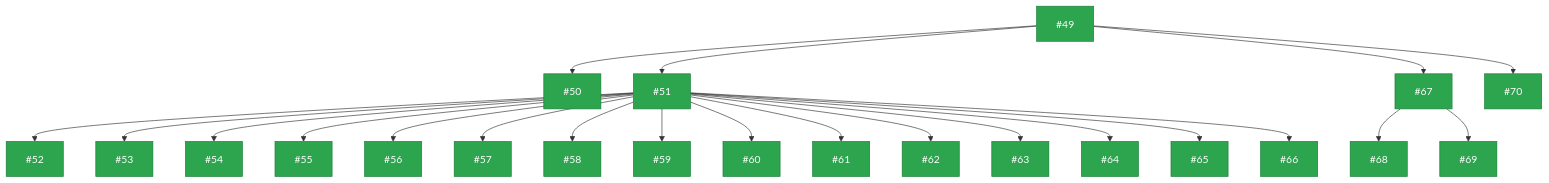
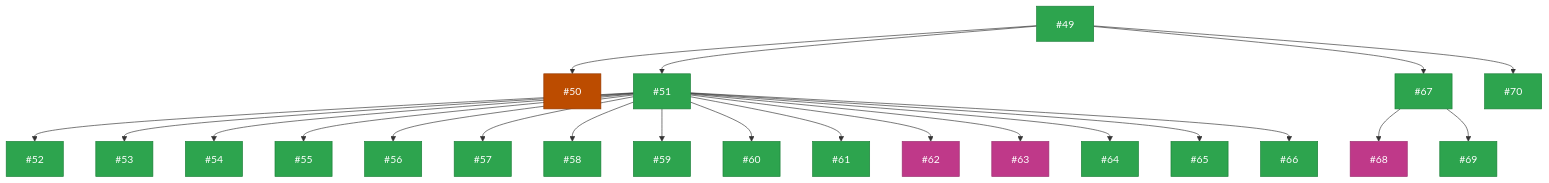
The seventh of 9 diagrams in README.md (zappfish/zapp-requirements-tracker), drawn with Mermaid before and after one commit. The commit also changed other lines of this file, not shown here.

Commit message:
Update WBS diagram colors to match project board statuses (#116)

````diff
--- a/README.md
+++ b/README.md
@@ -311,62 +311,62 @@
 ```mermaid
 graph TD
     R5["#49"]:::backlog
 
-    R5A["#50"]:::backlog
+    R5A["#50"]:::done
     R5B["#51"]:::backlog
     R5C["#67"]:::backlog
     R5D["#70"]:::backlog
     R5 --> R5A & R5B & R5C & R5D
 
     R5B1["#52"]:::backlog
     R5B2["#53"]:::backlog
     R5B3["#54"]:::backlog
     R5B4["#55"]:::backlog
     R5B5["#56"]:::backlog
     R5B6["#57"]:::backlog
     R5B7["#58"]:::backlog
     R5B8["#59"]:::backlog
     R5B9["#60"]:::backlog
     R5B10["#61"]:::backlog
-    R5B11["#62"]:::backlog
-    R5B12["#63"]:::backlog
+    R5B11["#62"]:::stable
+    R5B12["#63"]:::stable
     R5B13["#64"]:::backlog
     R5B14["#65"]:::backlog
     R5B15["#66"]:::backlog
     R5B --> R5B1 & R5B2 & R5B3 & R5B4 & R5B5 & R5B6 & R5B7 & R5B8
     R5B --> R5B9 & R5B10 & R5B11 & R5B12 & R5B13 & R5B14 & R5B15
 
-    R5C1["#68"]:::backlog
+    R5C1["#68"]:::stable
     R5C2["#69"]:::backlog
     R5C --> R5C1 & R5C2
 
     click R5 href "https://github.com/zappfish/zapp-requirements-tracker/issues/49" _blank
     click R5A href "https://github.com/zappfish/zapp-requirements-tracker/issues/50" _blank
     click R5B href "https://github.com/zappfish/zapp-requirements-tracker/issues/51" _blank
     click R5C href "https://github.com/zappfish/zapp-requirements-tracker/issues/67" _blank
     click R5D href "https://github.com/zappfish/zapp-requirements-tracker/issues/70" _blank
     click R5B1 href "https://github.com/zappfish/zapp-requirements-tracker/issues/52" _blank
     click R5B2 href "https://github.com/zappfish/zapp-requirements-tracker/issues/53" _blank
     click R5B3 href "https://github.com/zappfish/zapp-requirements-tracker/issues/54" _blank
     click R5B4 href "https://github.com/zappfish/zapp-requirements-tracker/issues/55" _blank
     click R5B5 href "https://github.com/zappfish/zapp-requirements-tracker/issues/56" _blank
     click R5B6 href "https://github.com/zappfish/zapp-requirements-tracker/issues/57" _blank
     click R5B7 href "https://github.com/zappfish/zapp-requirements-tracker/issues/58" _blank
     click R5B8 href "https://github.com/zappfish/zapp-requirements-tracker/issues/59" _blank
     click R5B9 href "https://github.com/zappfish/zapp-requirements-tracker/issues/60" _blank
     click R5B10 href "https://github.com/zappfish/zapp-requirements-tracker/issues/61" _blank
     click R5B11 href "https://github.com/zappfish/zapp-requirements-tracker/issues/62" _blank
     click R5B12 href "https://github.com/zappfish/zapp-requirements-tracker/issues/63" _blank
     click R5B13 href "https://github.com/zappfish/zapp-requirements-tracker/issues/64" _blank
     click R5B14 href "https://github.com/zappfish/zapp-requirements-tracker/issues/65" _blank
     click R5B15 href "https://github.com/zappfish/zapp-requirements-tracker/issues/66" _blank
     click R5C1 href "https://github.com/zappfish/zapp-requirements-tracker/issues/68" _blank
     click R5C2 href "https://github.com/zappfish/zapp-requirements-tracker/issues/69" _blank
 
     classDef backlog fill:#2da44e,stroke:#1a7f37,color:#fff
     classDef upnext fill:#0969da,stroke:#0550ae,color:#fff
     classDef inprogress fill:#bf8700,stroke:#9a6700,color:#fff
     classDef inreview fill:#8250df,stroke:#6639ba,color:#fff
     classDef stable fill:#bf3989,stroke:#99306f,color:#fff
     classDef done fill:#bc4c00,stroke:#953800,color:#fff
 ```
````
